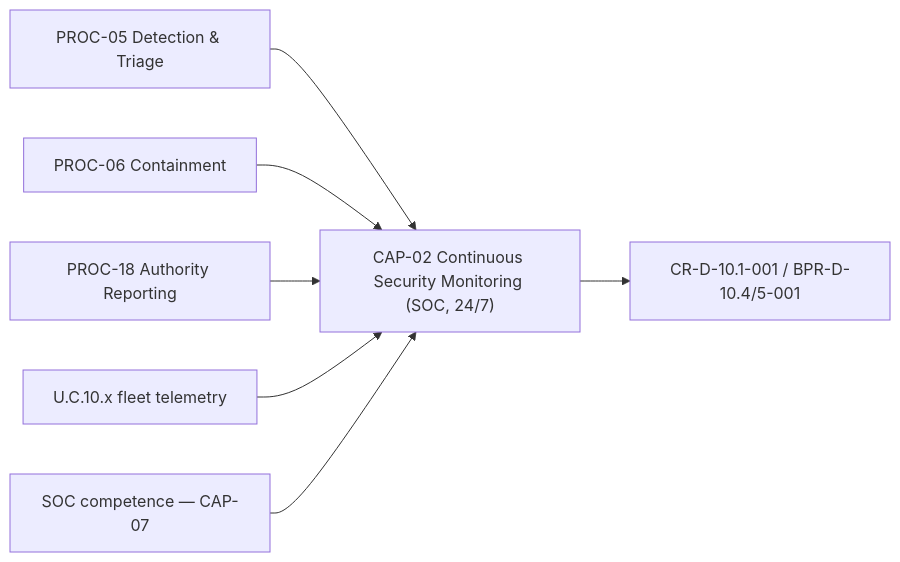
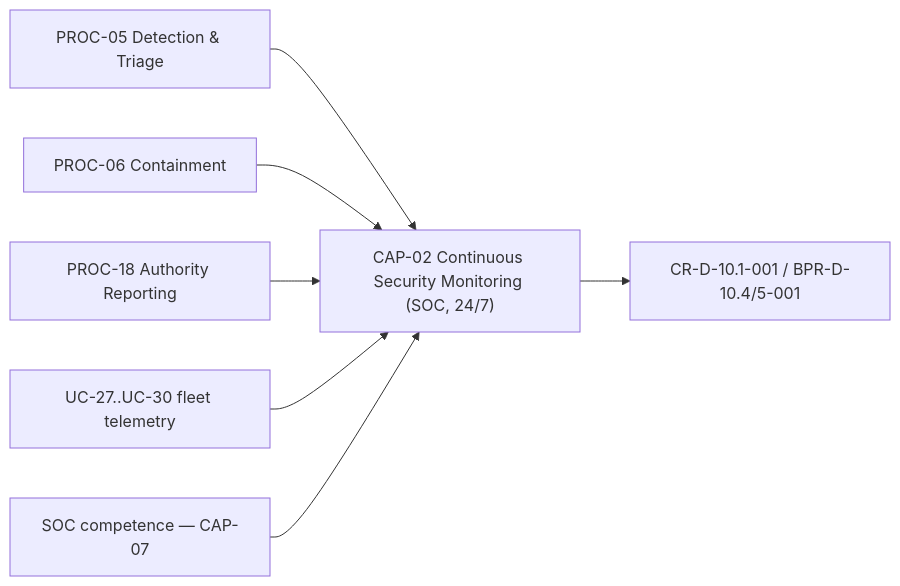
Before and after one commit to pauloribeiro16/Methodology_compact: the third of 37 diagrams in 02_CASES/Case_02_SecureBorder_Solutions/03_PHASE3_DECOMPOSITION/Doc31_Process_Capability_Cards.md, drawn with Mermaid. The commit also changed other lines of this file and 22 other files, not shown here.

Commit message:
[EXECUTOR] F3 RENUMBER Case_02: U.C.x flattened → UC-01..36 (compliance 01..15 + product 16..36), two-phase, 12 files, 6 SVGs re-rendered, xlsx regenerated; gates: pre-existing FAILs only, audit 100%, mermaid 192/192, smoke 16/16; 1 missed live ref (Doc23) re-anchored

````diff
--- a/02_CASES/Case_02_SecureBorder_Solutions/03_PHASE3_DECOMPOSITION/Doc31_Process_Capability_Cards.md
+++ b/02_CASES/Case_02_SecureBorder_Solutions/03_PHASE3_DECOMPOSITION/Doc31_Process_Capability_Cards.md
@@ -235,9 +235,9 @@
 ```mermaid
 graph LR
     CAP["CAP-02 Continuous Security Monitoring (SOC, 24/7)"] --> R1["CR-D-10.1-001 / BPR-D-10.4/5-001"]
     P1["PROC-05 Detection & Triage"] --> CAP
     P2["PROC-06 Containment"] --> CAP
     P3["PROC-18 Authority Reporting"] --> CAP
-    T1["U.C.10.x fleet telemetry"] --> CAP
+    T1["UC-27..UC-30 fleet telemetry"] --> CAP
     C1["SOC competence — CAP-07"] --> CAP
 ```
````
